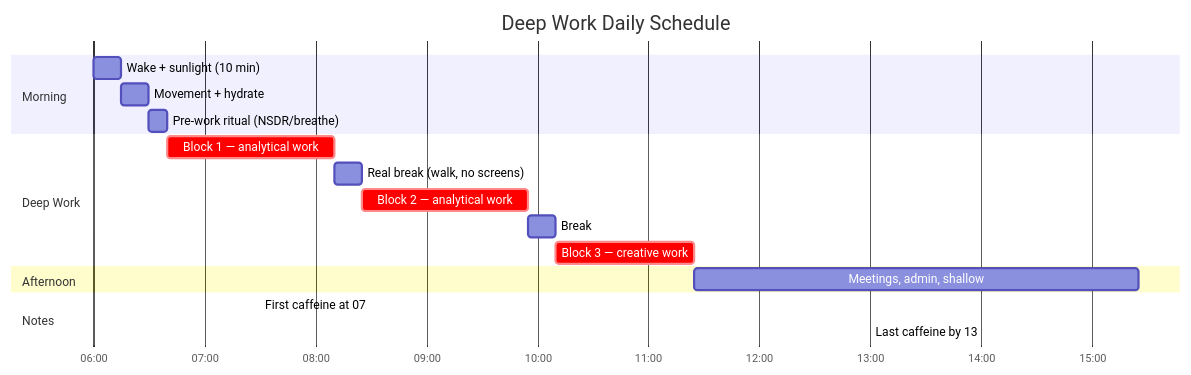
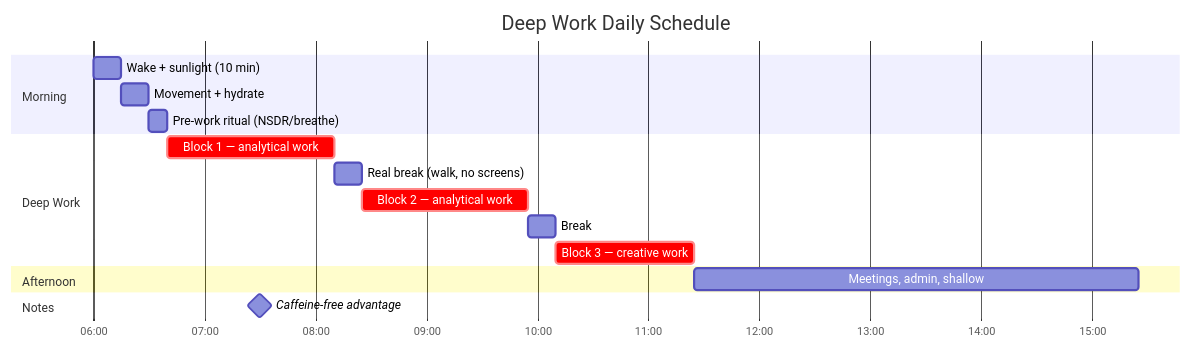
The tenth of 10 diagrams in focus/flow-state-protocol.md (Cyvid7-Darus10/peak-self), drawn with Mermaid before and after one commit. The commit also changed other lines of this file and 3 other files, not shown here.

First line of the commit message:
fix: remove coffee-specific references, support caffeine-free lifestyle

````diff
--- a/focus/flow-state-protocol.md
+++ b/focus/flow-state-protocol.md
@@ -286,21 +289,20 @@
 ```mermaid
 gantt
     title Deep Work Daily Schedule
     dateFormat HH:mm
     axisFormat %H:%M
     section Morning
         Wake + sunlight (10 min)      :06:00, 15m
         Movement + hydrate             :06:15, 15m
         Pre-work ritual (NSDR/breathe) :06:30, 10m
     section Deep Work
         Block 1 — analytical work     :crit, 06:40, 90m
         Real break (walk, no screens)  :08:10, 15m
         Block 2 — analytical work     :crit, 08:25, 90m
         Break                          :09:55, 15m
         Block 3 — creative work       :crit, 10:10, 75m
     section Afternoon
         Meetings, admin, shallow       :11:25, 240m
     section Notes
-        First caffeine at 07:30        :milestone, 07:30, 0m
-        Last caffeine by 13:00         :milestone, 13:00, 0m
+        Caffeine-free advantage         :milestone, 07:30, 0m
 ```
````
